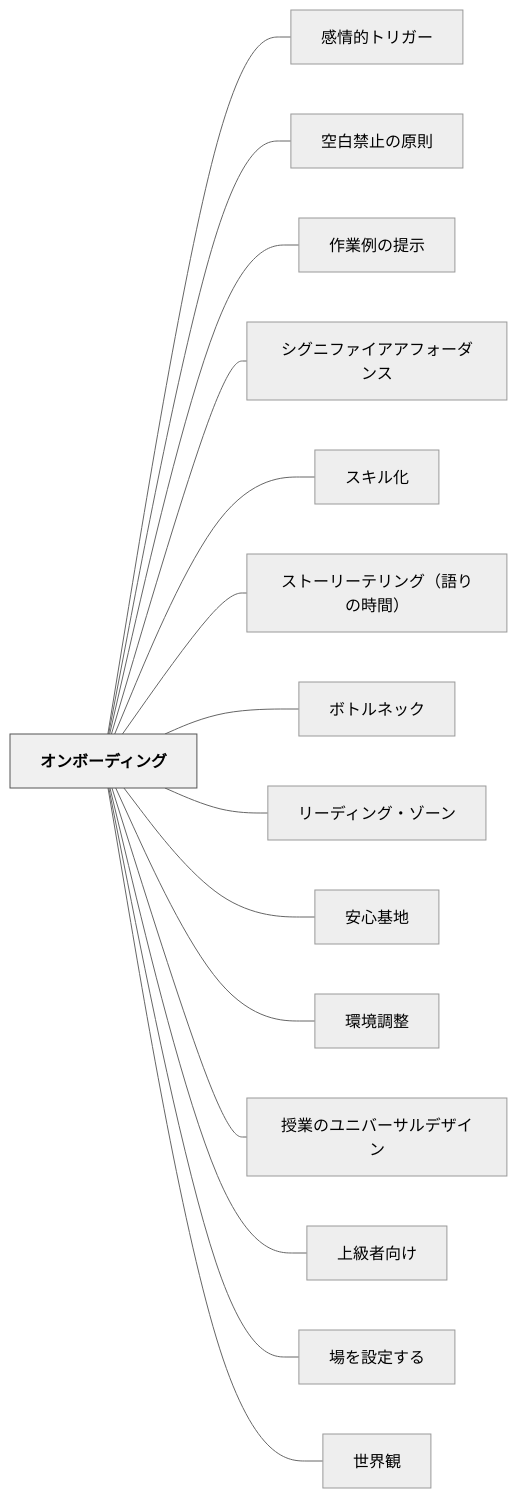
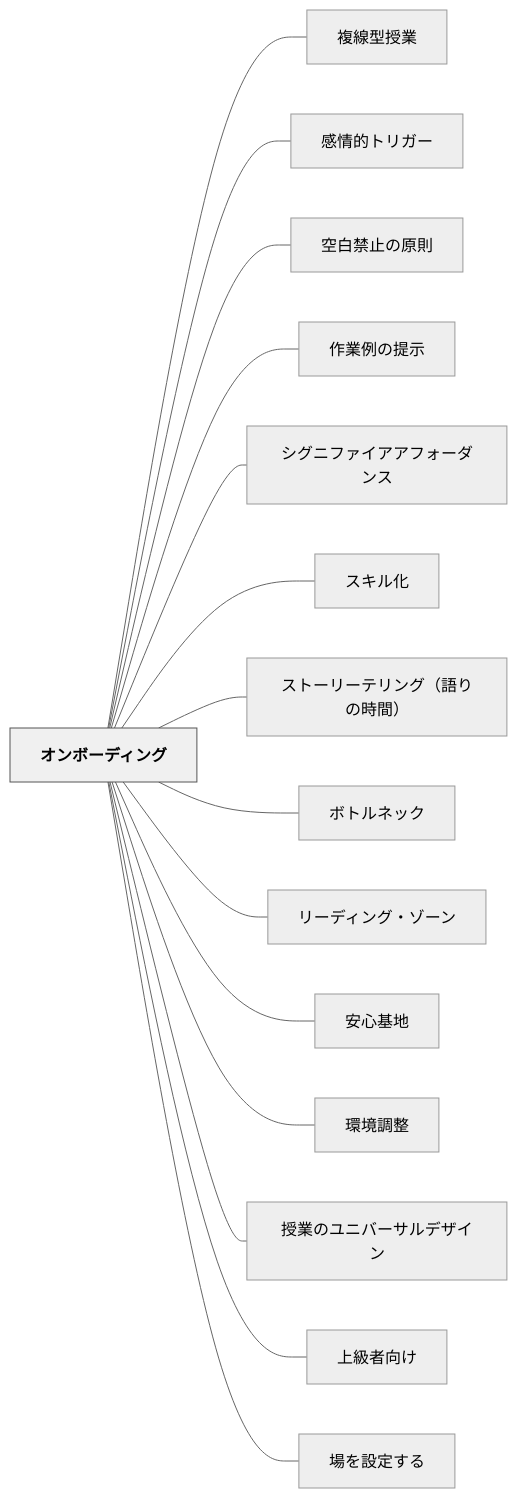
One commit to unknownthings-ed-patterns/unknownthings-ed-patterns changed the diagram in content/パタン/オンボーディング.md. Above: the diagram before and after it, drawn with Mermaid (neutral theme). The commit also changed other lines of this file and 100 other files, not shown here.

````diff
--- a/content/パタン/オンボーディング.md
+++ b/content/パタン/オンボーディング.md
@@ -152,36 +145,36 @@
 ```mermaid
 flowchart LR
     ne382aae383b3e3839ce383bce38387e382a3e383b3e382b0["オンボーディング"]
+    ne8a487e7b79ae59e8be68e88e6a5ad["複線型授業"]
     ne6849fe68385e79a84e38388e383aae382ace383bc["感情的トリガー"]
     ne7a9bae799bde7a681e6ada2e381aee58e9fe58987["空白禁止の原則"]
     ne4bd9ce6a5ade4be8be381aee68f90e7a4ba["作業例の提示"]
     ne382b7e382b0e3838be38395e382a1e382a4e382a2e382a2e38395e382a9e383bce38380e383b3e382b9["シグニファイアアフォーダンス"]
     ne382b9e382ade383abe58c96["スキル化"]
     ne382b9e38388e383bce383aae383bce38386e383aae383b3e382b0efbc88e8aa9ee3828ae381aee69982e99693efbc89["ストーリーテリング（語りの時間）"]
     ne3839ce38388e383abe3838de38383e382af["ボトルネック"]
     ne383aae383bce38387e382a3e383b3e382b0e383bbe382bee383bce383b3["リーディング・ゾーン"]
     ne5ae89e5bf83e59fbae59cb0["安心基地"]
     ne792b0e5a283e8aabfe695b4["環境調整"]
     ne68e88e6a5ade381aee383a6e3838be38390e383bce382b5e383abe38387e382b6e382a4e383b3["授業のユニバーサルデザイン"]
     ne4b88ae7b49ae88085e59091e38191["上級者向け"]
     ne5a0b4e38292e8a8ade5ae9ae38199e3828b["場を設定する"]
-    ne4b896e7958ce8a6b3["世界観"]
 
+    ne382aae383b3e3839ce383bce38387e382a3e383b3e382b0 --- ne8a487e7b79ae59e8be68e88e6a5ad
     ne382aae383b3e3839ce383bce38387e382a3e383b3e382b0 --- ne6849fe68385e79a84e38388e383aae382ace383bc
     ne382aae383b3e3839ce383bce38387e382a3e383b3e382b0 --- ne7a9bae799bde7a681e6ada2e381aee58e9fe58987
     ne382aae383b3e3839ce383bce38387e382a3e383b3e382b0 --- ne4bd9ce6a5ade4be8be381aee68f90e7a4ba
     ne382aae383b3e3839ce383bce38387e382a3e383b3e382b0 --- ne382b7e382b0e3838be38395e382a1e382a4e382a2e382a2e38395e382a9e383bce38380e383b3e382b9
     ne382aae383b3e3839ce383bce38387e382a3e383b3e382b0 --- ne382b9e382ade383abe58c96
     ne382aae383b3e3839ce383bce38387e382a3e383b3e382b0 --- ne382b9e38388e383bce383aae383bce38386e383aae383b3e382b0efbc88e8aa9ee3828ae381aee69982e99693efbc89
     ne382aae383b3e3839ce383bce38387e382a3e383b3e382b0 --- ne3839ce38388e383abe3838de38383e382af
     ne382aae383b3e3839ce383bce38387e382a3e383b3e382b0 --- ne383aae383bce38387e382a3e383b3e382b0e383bbe382bee383bce383b3
     ne382aae383b3e3839ce383bce38387e382a3e383b3e382b0 --- ne5ae89e5bf83e59fbae59cb0
     ne382aae383b3e3839ce383bce38387e382a3e383b3e382b0 --- ne792b0e5a283e8aabfe695b4
     ne382aae383b3e3839ce383bce38387e382a3e383b3e382b0 --- ne68e88e6a5ade381aee383a6e3838be38390e383bce382b5e383abe38387e382b6e382a4e383b3
     ne382aae383b3e3839ce383bce38387e382a3e383b3e382b0 --- ne4b88ae7b49ae88085e59091e38191
     ne382aae383b3e3839ce383bce38387e382a3e383b3e382b0 --- ne5a0b4e38292e8a8ade5ae9ae38199e3828b
-    ne382aae383b3e3839ce383bce38387e382a3e383b3e382b0 --- ne4b896e7958ce8a6b3
 
     classDef hub fill:#f0f0f0,stroke:#555,color:#000,font-weight:bold
     class ne382aae383b3e3839ce383bce38387e382a3e383b3e382b0 hub
 ```
````
